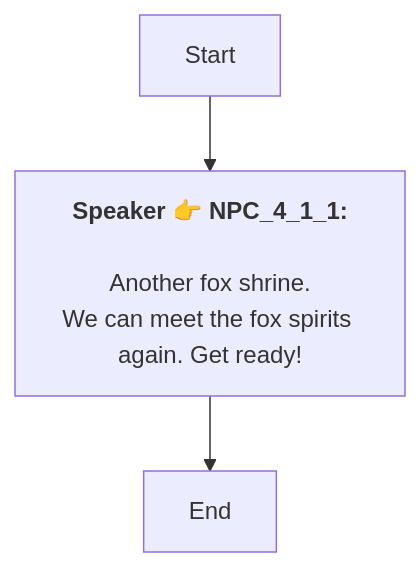
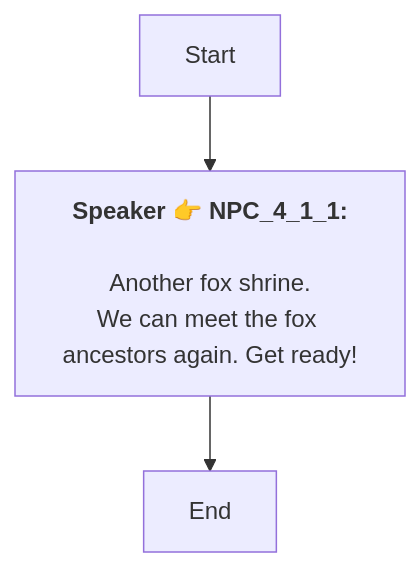
Before and after one commit to SoftHu/tos_avg: the diagram in Zh/QuestApproachDialogNode_1773744050733389.md, drawn with Mermaid. The commit also changed 780 other files, not shown here.

````diff
--- a/Zh/QuestApproachDialogNode_1773744050733389.md
+++ b/Zh/QuestApproachDialogNode_1773744050733389.md
@@ -1,8 +1,8 @@
 ```mermaid
 graph
 Start -->1773744069212497[<b>Speaker 👉 NPC_4_1_1:</b>
 \nAnother fox shrine.
-We can meet the fox spirits again. Get ready!]
+We can meet the fox ancestors again. Get ready!]
 1773744069212497 -->1773744229878099[End]
 
 ```
````
